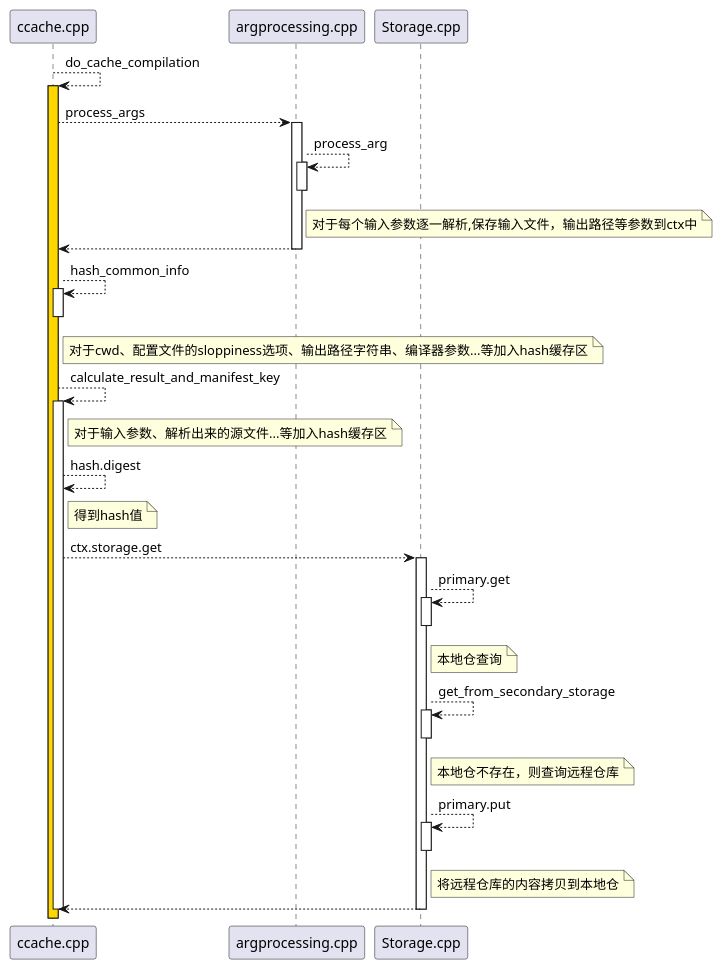
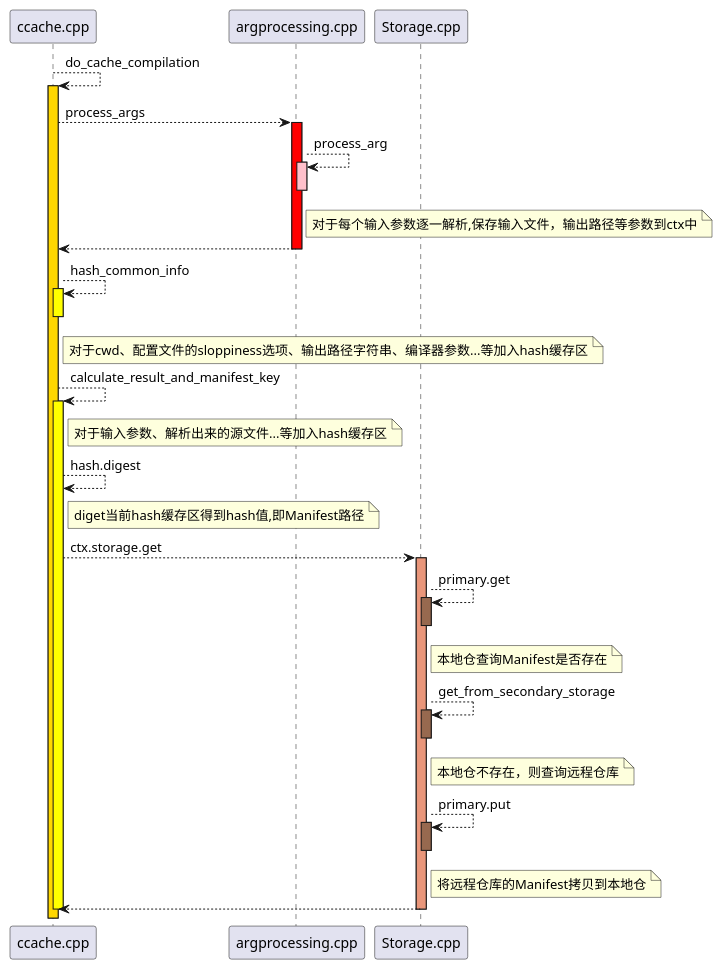
The diagram in codeDetails/03-进行hash.puml (wentizongbibanfaduo/ccache-introduction), drawn with PlantUML before and after one commit. The commit also changed 3 other files, not shown here.

Commit message:
增加生成manifest流程图

```diff
--- a/codeDetails/03-进行hash.puml
+++ b/codeDetails/03-进行hash.puml
@@ -1,52 +1,53 @@
 participant ccache.cpp as main
 participant argprocessing.cpp as argprocess
 participant Storage.cpp as storage
 
 
+
 main --> main ++ #Gold : do_cache_compilation
-main --> argprocess ++ : process_args
-argprocess --> argprocess ++ : process_arg
+main --> argprocess ++ #red : process_args
+argprocess --> argprocess ++ #Pink : process_arg
 argprocess --
 note right of argprocess
         对于每个输入参数逐一解析,保存输入文件，输出路径等参数到ctx中
 end note
 
 return
 
-main --> main ++ : hash_common_info
+main --> main ++ #FFFF00 : hash_common_info
 main --
 note right of main
         对于cwd、配置文件的sloppiness选项、输出路径字符串、编译器参数...等加入hash缓存区
 end note
 
 
-main -->main ++ : calculate_result_and_manifest_key
+main -->main ++ #FFFF00 : calculate_result_and_manifest_key
 note right of main
         对于输入参数、解析出来的源文件...等加入hash缓存区
 end note
 
 main --> main : hash.digest
 note right of main
-        得到hash值
+        diget当前hash缓存区得到hash值,即Manifest路径
 end note
 
-main --> storage ++:ctx.storage.get
-storage --> storage ++: primary.get
+main --> storage ++ #DarkSalmon:ctx.storage.get
+storage --> storage ++ #97694F : primary.get
 storage --
 note right of storage
-        本地仓查询
+        本地仓查询Manifest是否存在
 end note
 
-storage --> storage ++: get_from_secondary_storage
+storage --> storage ++ #97694F : get_from_secondary_storage
 storage --
 note right of storage
         本地仓不存在，则查询远程仓库
 end note
 
-storage --> storage ++ : primary.put
+storage --> storage ++ #97694F : primary.put
 storage --
 note right of storage
-        将远程仓库的内容拷贝到本地仓
+        将远程仓库的Manifest拷贝到本地仓
 end note
 return
 main --
```
